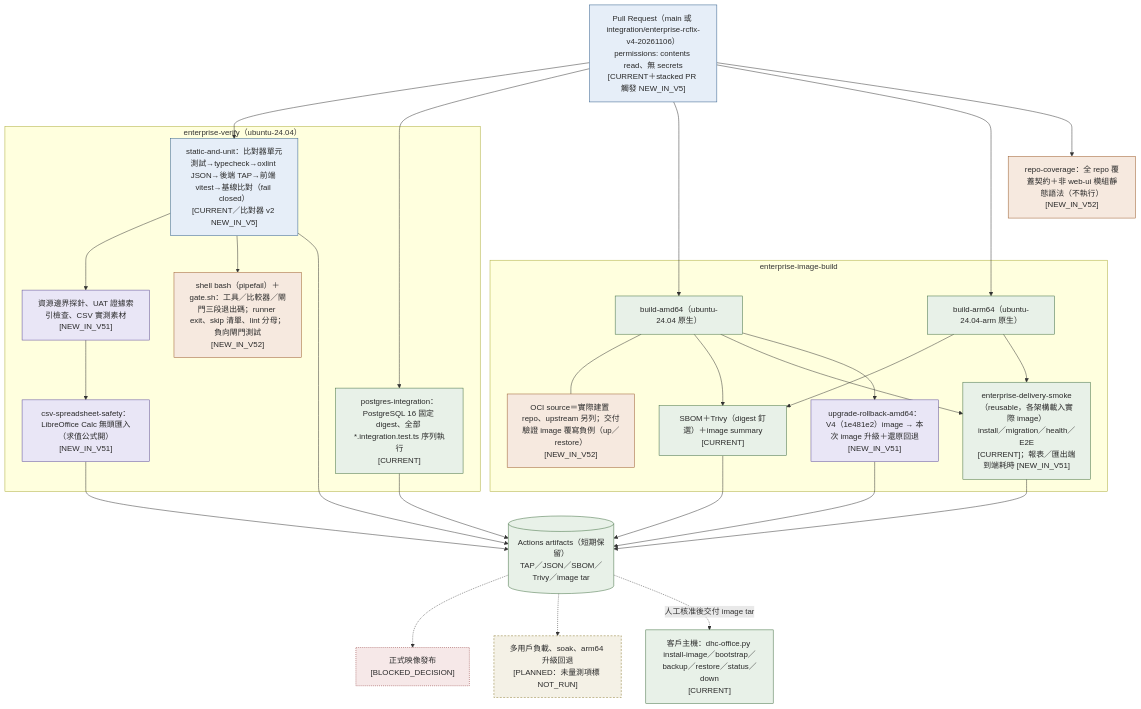
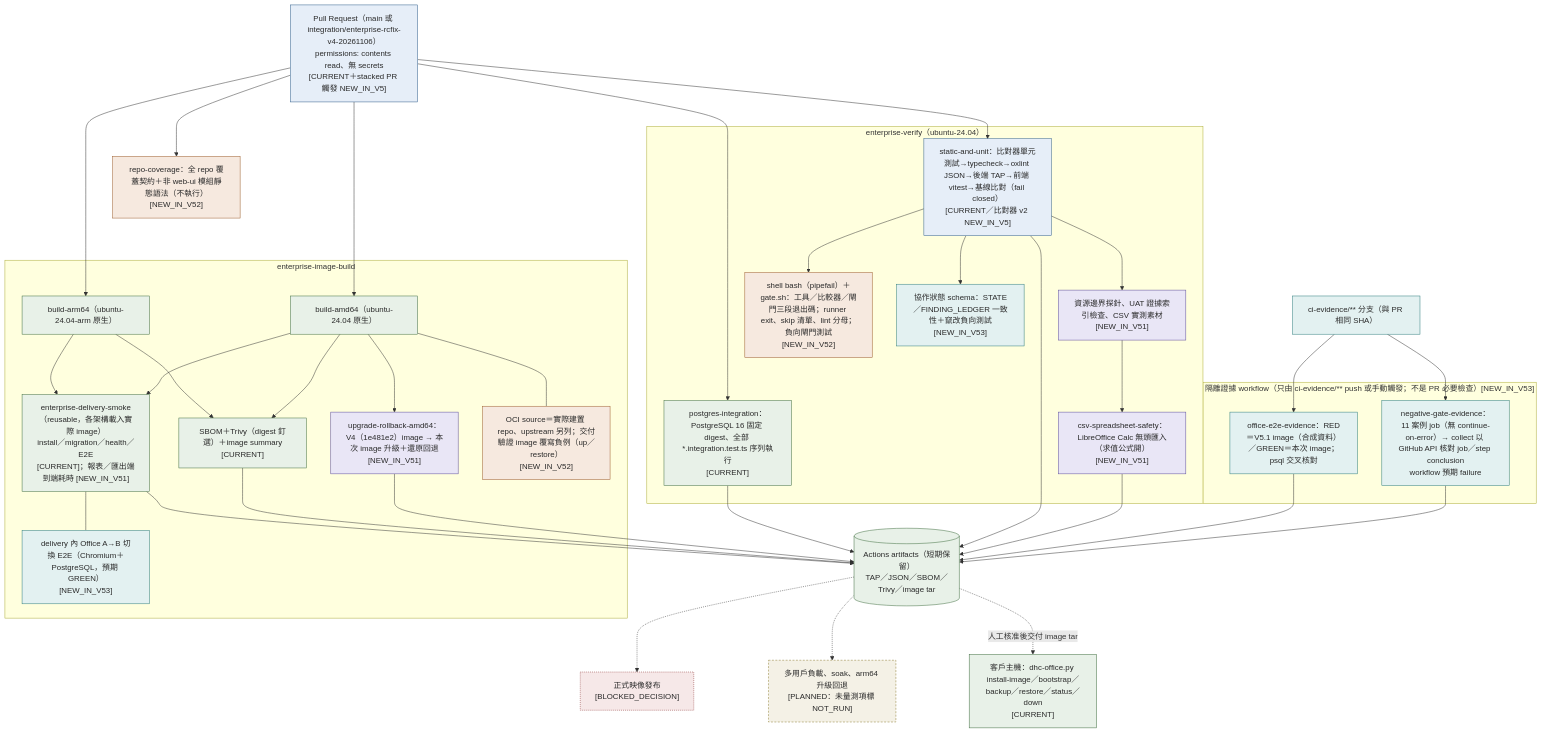
The diagram in web-ui/docs/enterprise/architecture/DEPLOYMENT_CI_ARCHITECTURE.mmd (hades60414-sys/DHC-AI-SYSTEM), drawn with Mermaid before and after one commit. The commit also changed 22 other files, not shown here.

First line of the commit message:
docs(v53/WP6): CI 證據矩陣、RED／GREEN 與負向閘門證據、供應鏈 provenance、OCR 審查、路線圖 NEW_IN_V53、交接文件與 SHA256 清單

```diff
--- a/web-ui/docs/enterprise/architecture/DEPLOYMENT_CI_ARCHITECTURE.mmd
+++ b/web-ui/docs/enterprise/architecture/DEPLOYMENT_CI_ARCHITECTURE.mmd
@@ -1,52 +1,66 @@
 %% CI 與部署架構。來源：.github/workflows/enterprise-*.yml、deploy/ai-office/dhc-office.py。
 flowchart TB
   classDef current fill:#e8f1e8,stroke:#3d6b3d,color:#2A2A2A
   classDef newv5 fill:#e6eef8,stroke:#2f5d8a,color:#2A2A2A
   classDef newv51 fill:#e9e6f6,stroke:#5a4a9a,color:#2A2A2A
   classDef newv52 fill:#f6e9df,stroke:#9a5a2a,color:#2A2A2A
+  classDef newv53 fill:#e3f1f1,stroke:#2a7a7a,color:#2A2A2A
   classDef planned fill:#f4f1e6,stroke:#8a7a2f,color:#2A2A2A,stroke-dasharray:4 3
   classDef blocked fill:#f6e8e8,stroke:#8a2f2f,color:#2A2A2A,stroke-dasharray:2 2
 
   pr["Pull Request（main 或 integration/enterprise-rcfix-v4-20261106）<br/>permissions: contents read、無 secrets<br/>[CURRENT＋stacked PR 觸發 NEW_IN_V5]"]:::newv5
   subgraph verify["enterprise-verify（ubuntu-24.04）"]
     su["static-and-unit：比對器單元測試→typecheck→oxlint JSON→後端 TAP→前端 vitest→基線比對（fail closed）<br/>[CURRENT／比對器 v2 NEW_IN_V5]"]:::newv5
     pg["postgres-integration：PostgreSQL 16 固定 digest、全部 *.integration.test.ts 序列執行<br/>[CURRENT]"]:::current
     probe["資源邊界探針、UAT 證據索引檢查、CSV 實測素材<br/>[NEW_IN_V51]"]:::newv51
     gates["shell bash（pipefail）＋gate.sh：工具／比較器／閘門三段退出碼；runner exit、skip 清單、lint 分母；負向閘門測試<br/>[NEW_IN_V52]"]:::newv52
+    state["協作狀態 schema：STATE／FINDING_LEDGER 一致性＋竄改負向測試<br/>[NEW_IN_V53]"]:::newv53
     lo["csv-spreadsheet-safety：LibreOffice Calc 無頭匯入（求值公式開）<br/>[NEW_IN_V51]"]:::newv51
   end
   subgraph image["enterprise-image-build"]
     a64["build-amd64（ubuntu-24.04 原生）"]:::current
     r64["build-arm64（ubuntu-24.04-arm 原生）"]:::current
     scan["SBOM＋Trivy（digest 釘選）＋image summary<br/>[CURRENT]"]:::current
     dl["enterprise-delivery-smoke（reusable，各架構載入實際 image）<br/>install／migration／health／E2E<br/>[CURRENT]；報表／匯出端到端耗時 [NEW_IN_V51]"]:::current
     upg["upgrade-rollback-amd64：V4（1e481e2）image → 本次 image 升級＋還原回退<br/>[NEW_IN_V51]"]:::newv51
     lbl["OCI source＝實際建置 repo、upstream 另列；交付驗證 image 覆寫負例（up／restore）<br/>[NEW_IN_V52]"]:::newv52
     a64 --- lbl
+    stale["delivery 內 Office A→B 切換 E2E（Chromium＋PostgreSQL，預期 GREEN）<br/>[NEW_IN_V53]"]:::newv53
+    dl --- stale
   end
+  subgraph evidence["隔離證據 workflow（只由 ci-evidence/** push 或手動觸發；不是 PR 必要檢查）[NEW_IN_V53]"]
+    neg["negative-gate-evidence：11 案例 job（無 continue-on-error）→ collect 以 GitHub API 核對 job／step conclusion<br/>workflow 預期 failure"]:::newv53
+    rg["office-e2e-evidence：RED＝V5.1 image（合成資料）／GREEN＝本次 image；psql 交叉核對"]:::newv53
+  end
+  evb["ci-evidence/** 分支（與 PR 相同 SHA）"]:::newv53
+  evb --> neg
+  evb --> rg
+  neg --> art
+  rg --> art
   art[("Actions artifacts（短期保留）<br/>TAP／JSON／SBOM／Trivy／image tar")]:::current
   ghcr["正式映像發布<br/>[BLOCKED_DECISION]"]:::blocked
   perf["多用戶負載、soak、arm64 升級回退<br/>[PLANNED：未量測項標 NOT_RUN]"]:::planned
   cust["客戶主機：dhc-office.py install-image／bootstrap／backup／restore／status／down<br/>[CURRENT]"]:::current
 
   pr --> su
   pr --> pg
   pr --> a64 --> scan
   pr --> r64 --> scan
   a64 --> dl
   a64 --> upg
   su --> probe
   su --> gates
+  su --> state
   cov["repo-coverage：全 repo 覆蓋契約＋非 web-ui 模組靜態語法（不執行）<br/>[NEW_IN_V52]"]:::newv52
   pr --> cov
   probe --> lo
   upg --> art
   lo --> art
   r64 --> dl
   su --> art
   pg --> art
   scan --> art
   dl --> art
   art -.-> ghcr
   art -.-> perf
   art -.->|"人工核准後交付 image tar"| cust
```
